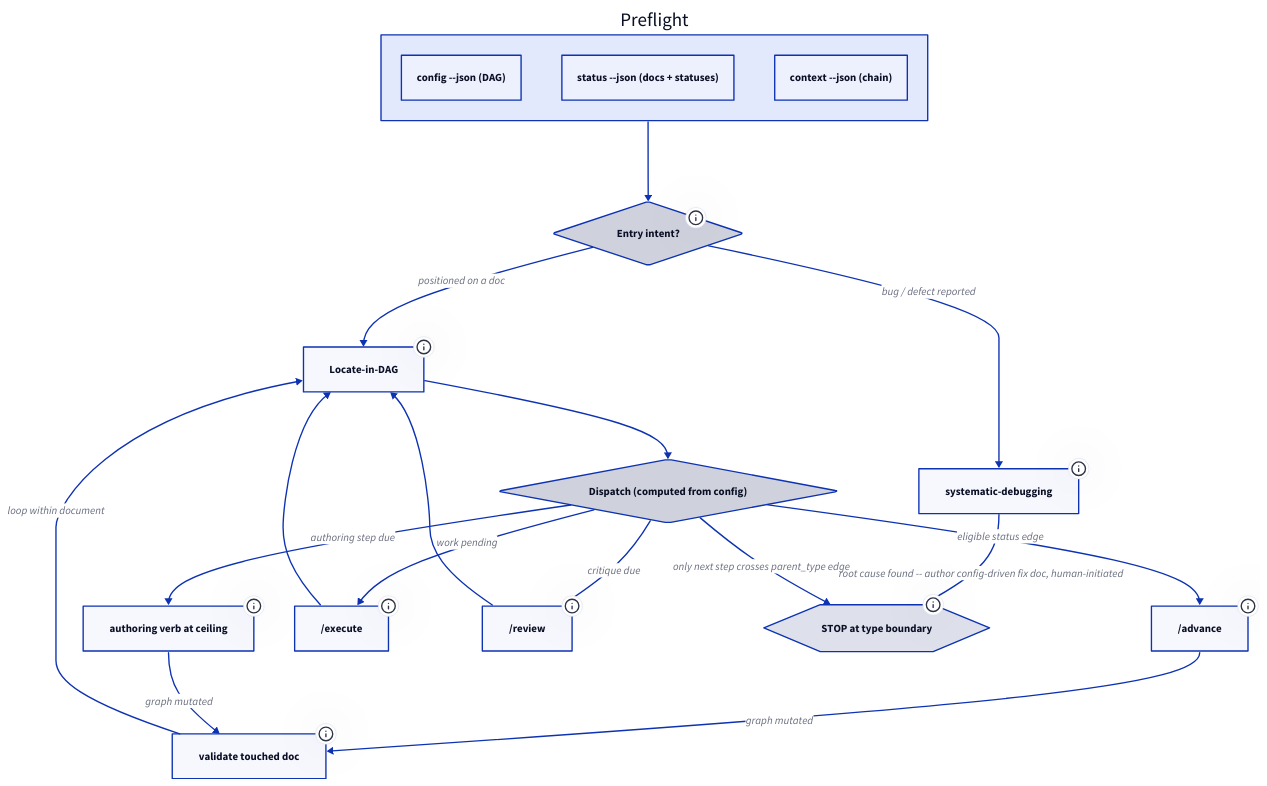
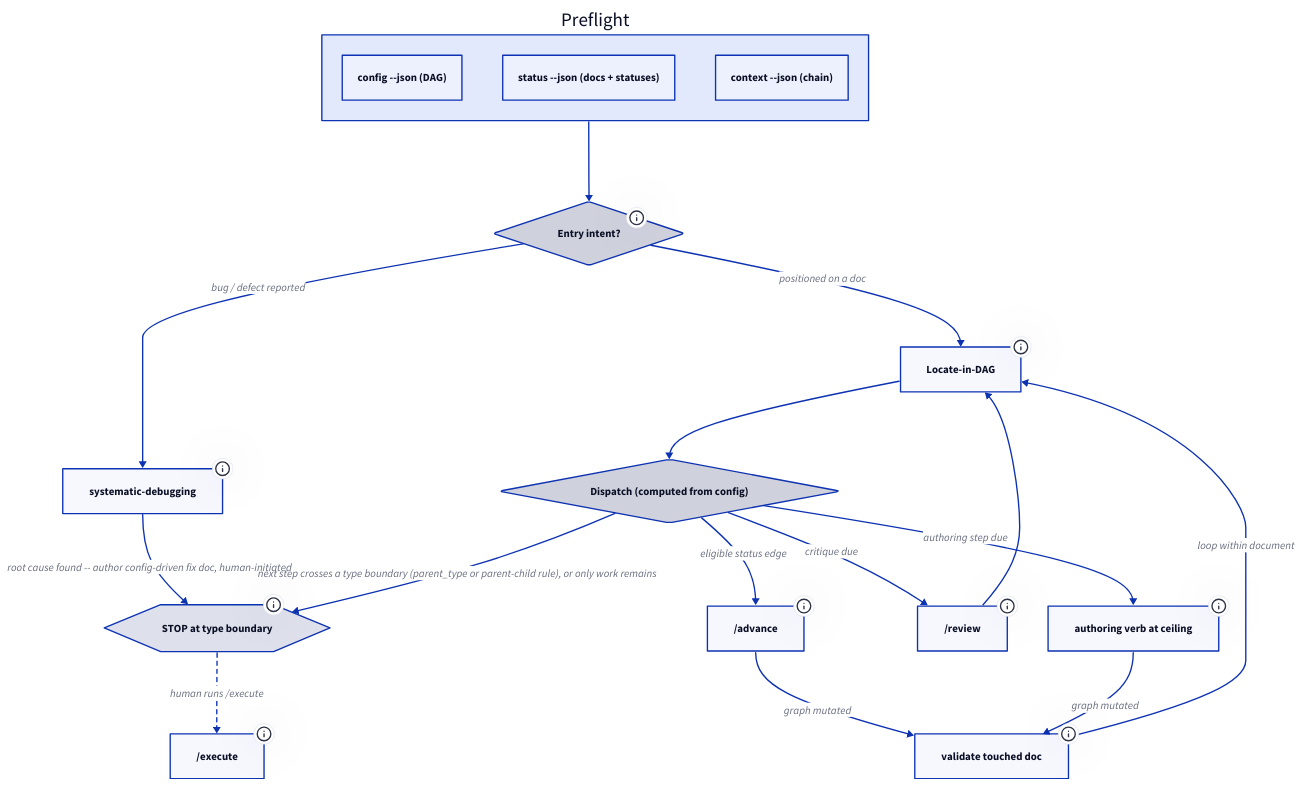
One commit to jkaloger/lazyspec changed the diagram in skills/lazy/SKILL.md. Above: the diagram before and after it, drawn with D2. The commit also changed other lines of this file and 8 other files, not shown here.

````diff
--- a/skills/lazy/SKILL.md
+++ b/skills/lazy/SKILL.md
@@ -12,64 +12,64 @@
 ```d2
 direction: down
 
 preflight: Preflight {
   shape: rectangle
   config: "config --json (DAG)"
   status: "status --json (docs + statuses)"
   context: "context --json (chain)"
 }
 
 triage: Entry intent? {
   shape: diamond
   tooltip: "bug/defect reported, or positioned on a doc?"
 }
 
 debug: systematic-debugging {
   tooltip: "root cause FIRST -- no fix doc before Phase 1 done"
 }
 
 locate: Locate-in-DAG {
   shape: rectangle
   tooltip: "current type, status, outgoing edges, gates"
 }
 
 dispatch: Dispatch (computed from config) {
   shape: diamond
 }
 
 advance: /advance {tooltip: "status move, no authoring"}
 author: authoring verb at ceiling {
   tooltip: "human -> /scaffold, assisted -> /co-write, generated -> /generate"
 }
-execute: /execute {tooltip: "work the document describes"}
+execute: /execute {tooltip: "work the document describes -- HUMAN-INITIATED, never auto-dispatched"}
 review: /review {tooltip: "critique before next status"}
 
 validate: validate touched doc {
   shape: rectangle
   tooltip: "validate --json scoped to the doc just mutated; fix introduced breakage"
 }
 
 boundary: STOP at type boundary {
   shape: hexagon
   tooltip: "child of a different type -- human-initiated only, even if gate is met"
 }
 
 preflight -> triage
 triage -> debug: "bug / defect reported"
 triage -> locate: "positioned on a doc"
 debug -> boundary: "root cause found -- author config-driven fix doc, human-initiated"
 
 locate -> dispatch
 
 dispatch -> advance: "eligible status edge"
 dispatch -> author: "authoring step due"
-dispatch -> execute: "work pending"
 dispatch -> review: "critique due"
-dispatch -> boundary: "only next step crosses parent_type edge"
+dispatch -> boundary: "next step crosses a type boundary (parent_type or parent-child rule), or only work remains"
 
 advance -> validate: "graph mutated"
 author -> validate: "graph mutated"
 validate -> locate: "loop within document"
-execute -> locate
 review -> locate
+
+boundary -> execute: "human runs /execute" {style.stroke-dash: 3}
 ```
````
